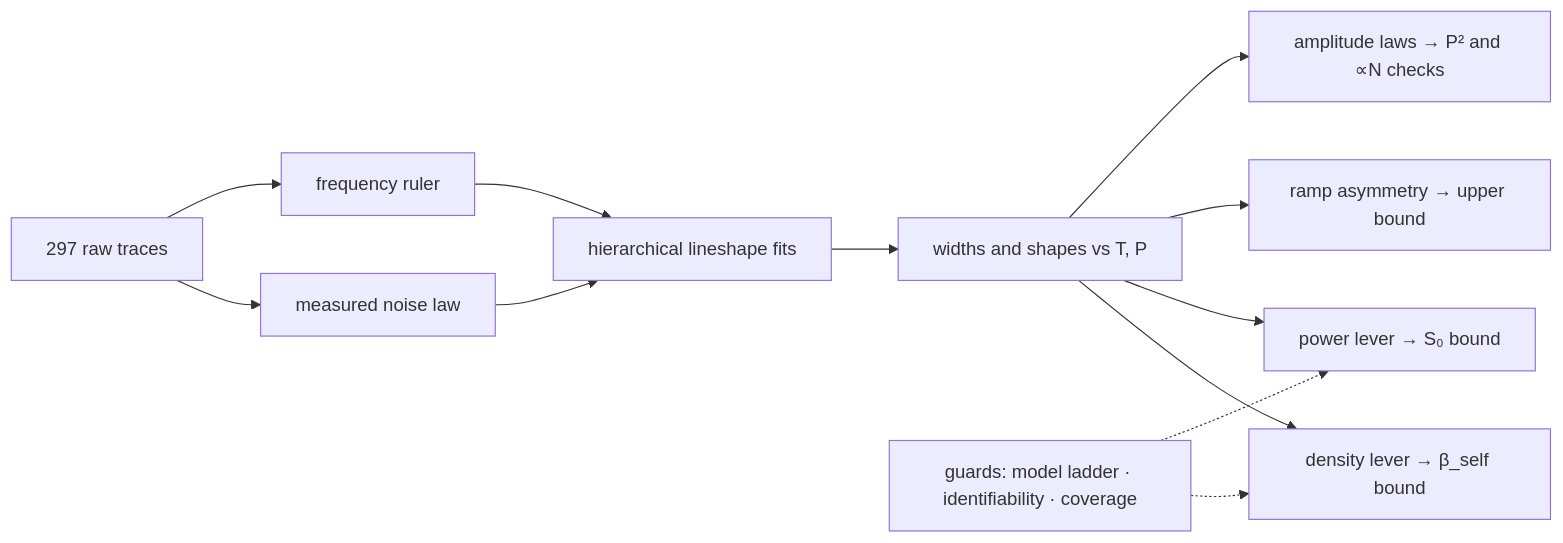
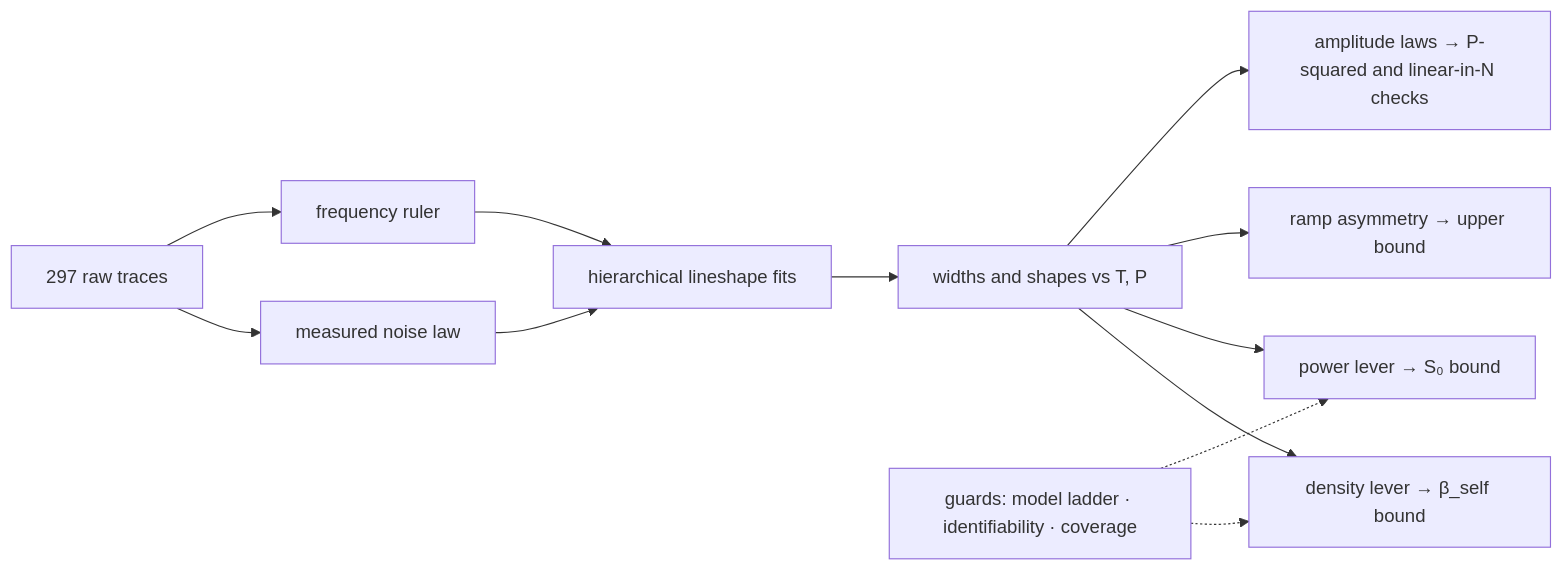
One commit to MichelangeloDondi/Rb-5S-6S-analysis changed the diagram in README.md. Above: the diagram before and after it, drawn with Mermaid. The commit also changed other lines of this file and 1 other file, not shown here.

````diff
--- a/README.md
+++ b/README.md
@@ -76,14 +76,14 @@
 ```mermaid
 flowchart LR
     T[297 raw traces] --> N[measured noise law]
     T --> K[frequency ruler]
     N --> F[hierarchical lineshape fits]
     K --> F
     F --> W[widths and shapes vs T, P]
     W --> D[density lever → β_self bound]
     W --> P[power lever → S₀ bound]
     W --> S[ramp asymmetry → upper bound]
-    W --> A[amplitude laws → P² and ∝N checks]
+    W --> A[amplitude laws → P-squared and linear-in-N checks]
     G[guards: model ladder · identifiability · coverage] -.-> D
     G -.-> P
 ```
````
